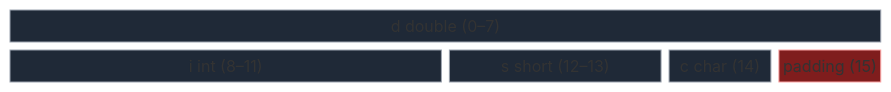
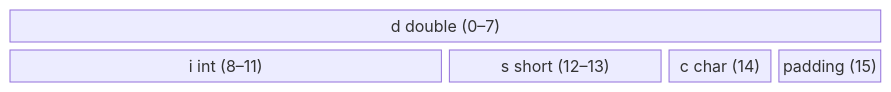
The second of 2 diagrams in Operating Systems/03 Memory Management.md (Matheus-de-Mello-Vieira/backend-knowledge), drawn with Mermaid before and after one commit. The commit also changed other lines of this file and 2 other files, not shown here.

````diff
--- a/Operating Systems/03 Memory Management.md
+++ b/Operating Systems/03 Memory Management.md
@@ -1051,17 +1057,18 @@
 ```mermaid
+---
+config:
+  useWidth: 100%
+---
 block-beta
   columns 8
 
   d["d double (0–7)"]:8
 
   i["i int (8–11)"]:4
   s["s short (12–13)"]:2
   c["c char (14)"]:1
   p1["padding (15)"]:1
 
-  classDef field fill:#1f2937,stroke:#9ca3af,color:#ffffff
-  classDef padding fill:#7f1d1d,stroke:#fca5a5,color:#ffffff
-
   class d,i,s,c field
   class p1 padding
 ```
````
